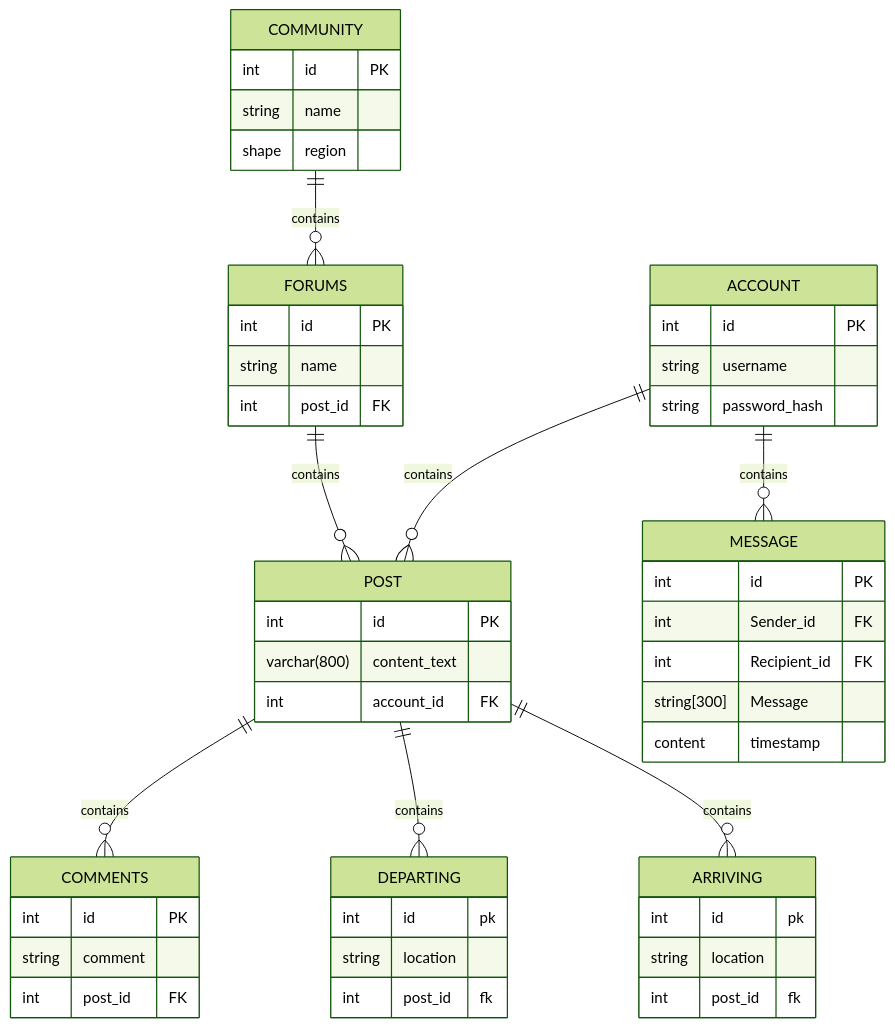
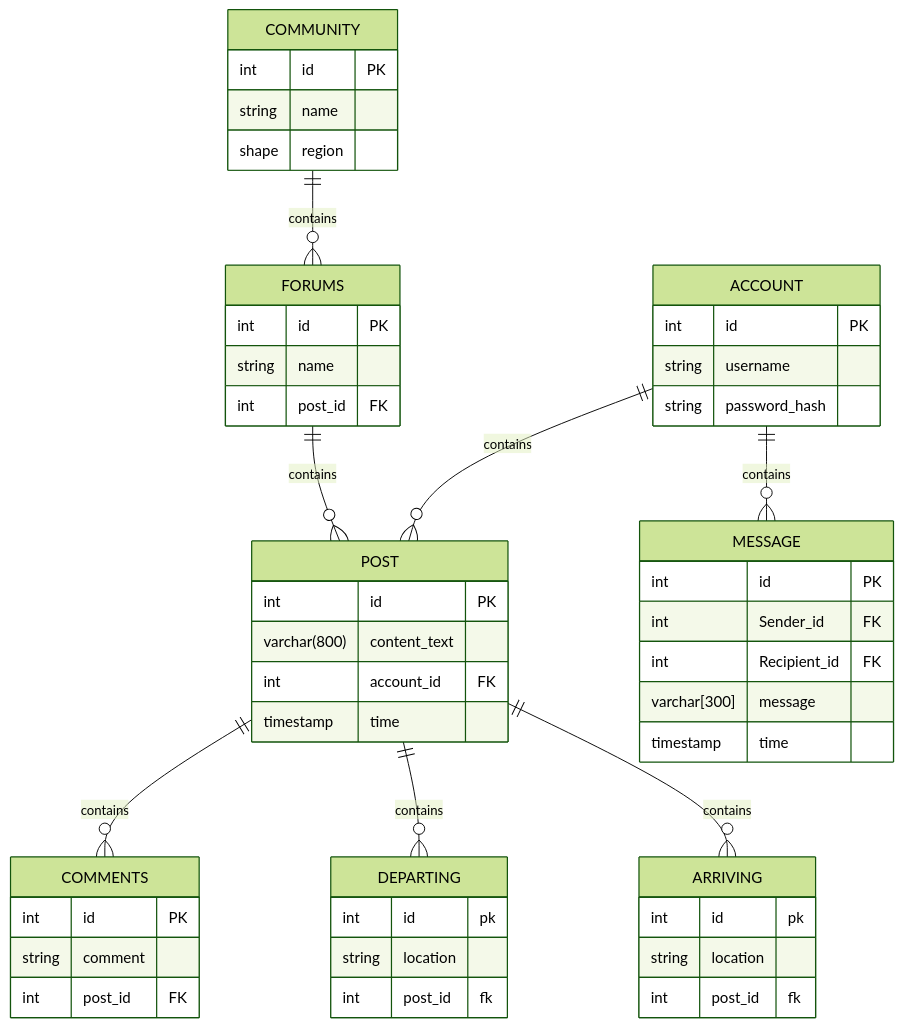
The diagram in ProjectManagement/WhitePapers/DevelopmentEnvironment/DatabaseWhitepaper.md (byui-cse397/2024WinCSE490PCP), drawn with Mermaid (forest theme) before and after one commit.

````diff
--- a/ProjectManagement/WhitePapers/DevelopmentEnvironment/DatabaseWhitepaper.md
+++ b/ProjectManagement/WhitePapers/DevelopmentEnvironment/DatabaseWhitepaper.md
@@ -118,63 +118,64 @@
 ```mermaid
 erDiagram
     ACCOUNT {
         int id PK
         string username
         string password_hash
     }
     POST {
         int id PK
         varchar(800) content_text
         int account_id FK
+        timestamp time
     }
     
     ACCOUNT ||--o{ POST : contains
 
     COMMENTS {
         int id PK
         string comment
         int post_id FK
     }
 
     POST ||--o{ COMMENTS : contains
 
     DEPARTING {
         int id pk
         string location
         int post_id fk
     }
 
     POST ||--o{ DEPARTING : contains
 
     ARRIVING {
         int id pk
         string location
         int post_id fk
     }
 
     POST ||--o{ ARRIVING : contains
 
     COMMUNITY ||--o{ FORUMS : contains
     COMMUNITY {
         int id PK
         string name
         shape region
     }
 
     FORUMS ||--o{ POST : contains
     FORUMS {
         int id PK
         string name
         int post_id FK
     }
 
      ACCOUNT ||--o{ MESSAGE: contains
     MESSAGE{
         int id PK
         int Sender_id FK
         int Recipient_id FK
-        string[300] Message content
-        timestamp
+        varchar[300] message
+        timestamp time
     }
 
 ```
````
